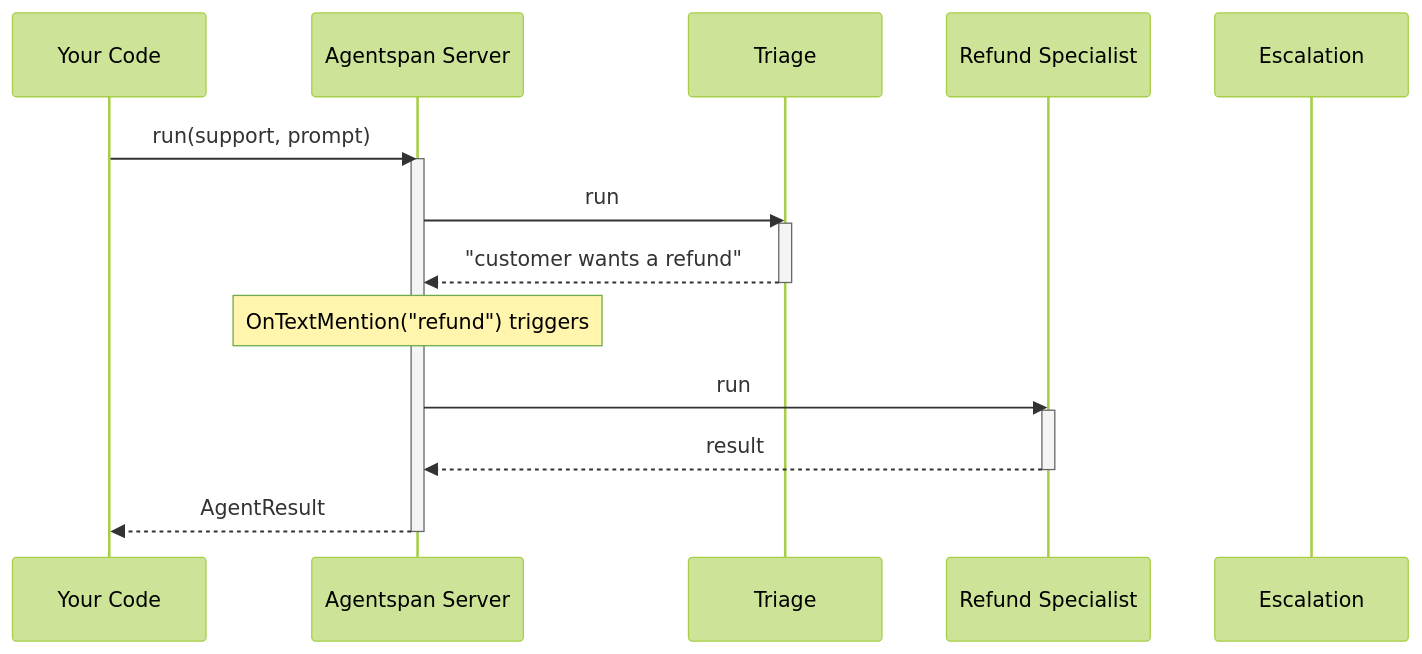
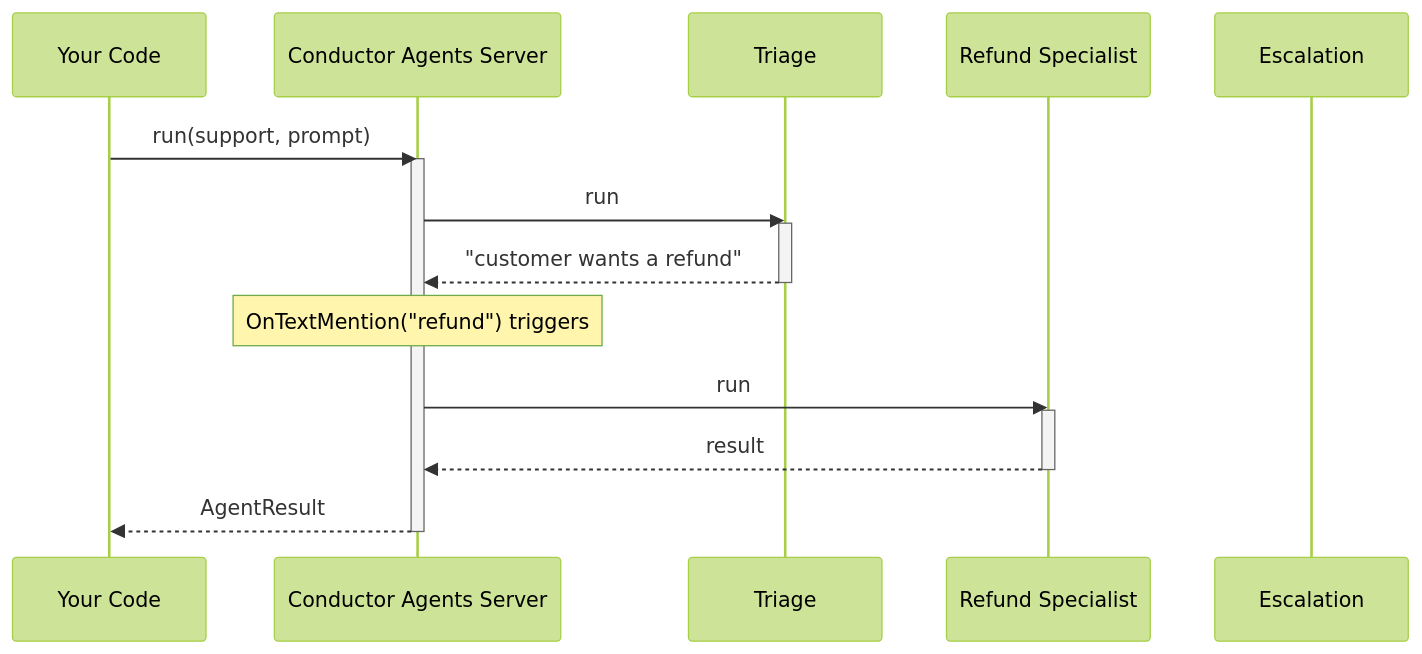
The fifth of 9 diagrams in docs/concepts/multi-agent.md (agentspan-ai/agentspan), drawn with Mermaid (forest theme) before and after one commit. The commit also changed other lines of this file and 92 other files, not shown here.

First line of the commit message:
docs: rebrand Agentspan → Conductor Agents (prose only)

````diff
--- a/docs/concepts/multi-agent.md
+++ b/docs/concepts/multi-agent.md
@@ -267,21 +267,21 @@
 ```mermaid
 sequenceDiagram
     participant Code as Your Code
-    participant Server as Agentspan Server
+    participant Server as Conductor Agents Server
     participant T as Triage
     participant Ref as Refund Specialist
     participant Esc as Escalation
     Code->>Server: run(support, prompt)
     activate Server
     Server->>T: run
     activate T
     T-->>Server: "customer wants a refund"
     deactivate T
     Note over Server: OnTextMention("refund") triggers
     Server->>Ref: run
     activate Ref
     Ref-->>Server: result
     deactivate Ref
     Server-->>Code: AgentResult
     deactivate Server
 ```
````
